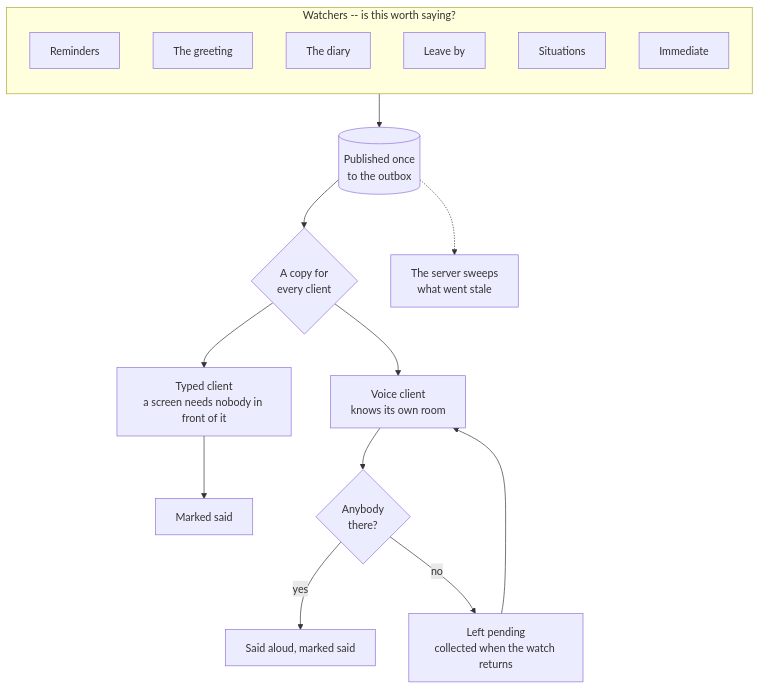
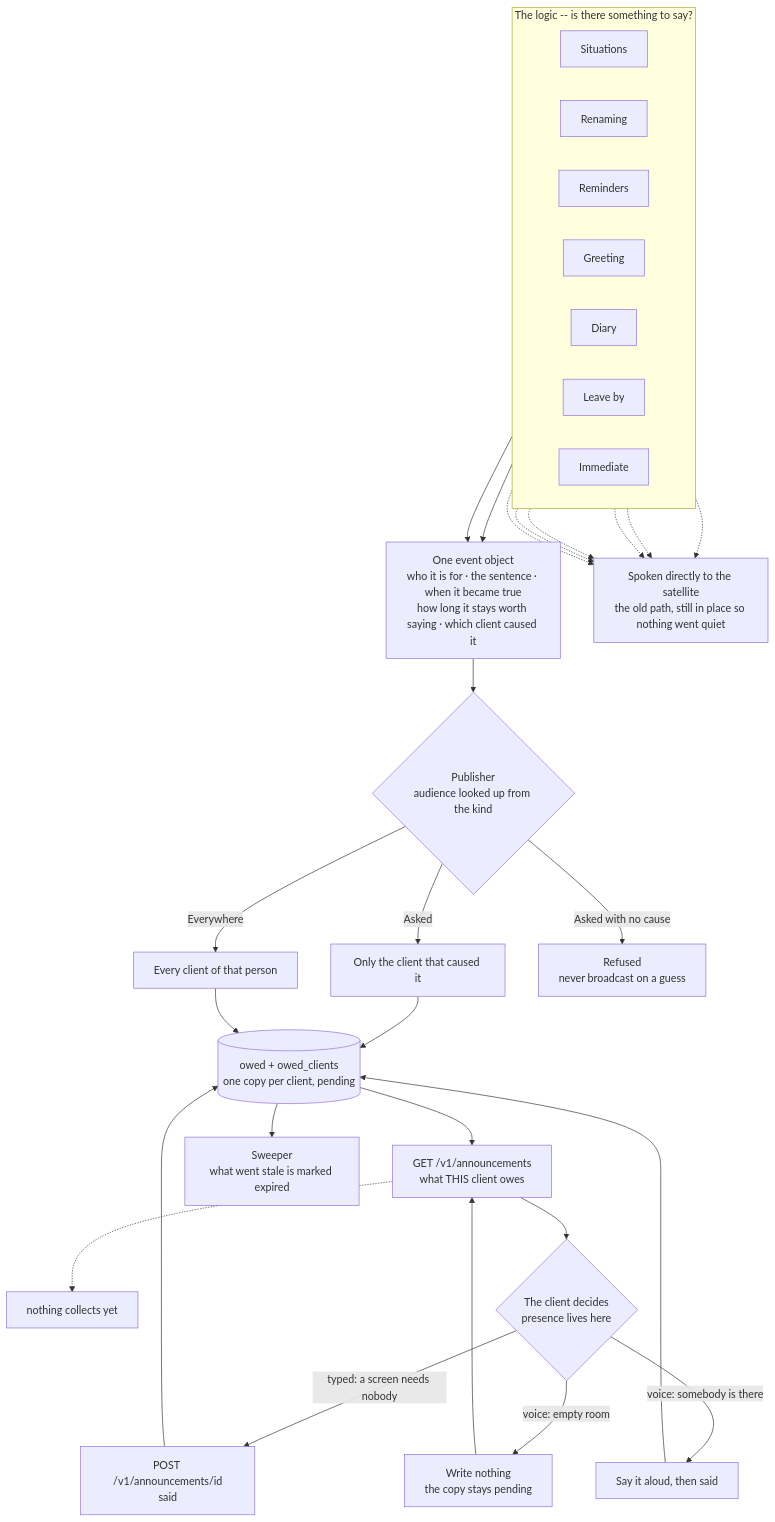
One commit to DhanushRamesh/personal-assistant changed the third of 4 diagrams in FEATURES.md. Above: the diagram before and after it, drawn with Mermaid. The commit also changed other lines of this file and 6 other files, not shown here.

First line of the commit message:
Address an announcement to the client that caused it

````diff
--- a/FEATURES.md
+++ b/FEATURES.md
@@ -92,26 +92,48 @@
 ```mermaid
 flowchart TB
-    subgraph W["Watchers -- is this worth saying?"]
-        direction TB
-        RL["Reminders"]
-        GR["The greeting"]
-        CO["The diary"]
+    subgraph L["The logic -- is there something to say?"]
+        direction LR
+        SI["Situations"]
+        RN["Renaming"]
+        RM["Reminders"]
+        GR["Greeting"]
+        CO["Diary"]
         LV["Leave by"]
-        SIT["Situations"]
-        NOT["Immediate"]
+        IM["Immediate"]
     end
 
-    W --> PUB[("Published once<br/>to the outbox")]
-    PUB --> FAN{"A copy for<br/>every client"}
+    SI --> EV
+    RN --> EV
+    RM -.-> OLD
+    GR -.-> OLD
+    CO -.-> OLD
+    LV -.-> OLD
+    IM -.-> OLD
+    RN -.-> OLD
 
-    FAN --> TY["Typed client<br/>a screen needs nobody in front of it"]
-    FAN --> VO["Voice client<br/>knows its own room"]
+    EV["One event object<br/>who it is for · the sentence · when it became true<br/>how long it stays worth saying · which client caused it"]
+    EV --> PUB{"Publisher<br/>audience looked up from the kind"}
 
-    TY --> SAID1["Marked said"]
-    VO --> P{"Anybody<br/>there?"}
-    P -- "yes" --> SAID2["Said aloud, marked said"]
-    P -- "no" --> PEND["Left pending<br/>collected when the watch returns"]
-    PEND --> VO
+    PUB -- "Asked" --> ONE["Only the client that caused it"]
+    PUB -- "Everywhere" --> ALL["Every client of that person"]
+    PUB -- "Asked with no cause" --> NO["Refused<br/>never broadcast on a guess"]
 
-    PUB -.-> SW["The server sweeps<br/>what went stale"]
+    ONE --> DB
+    ALL --> DB
+    DB[("owed + owed_clients<br/>one copy per client, pending")]
+
+    DB --> GET["GET /v1/announcements<br/>what THIS client owes"]
+    GET -.-> NOBODY["nothing collects yet"]
+    GET --> CL{"The client decides<br/>presence lives here"}
+
+    CL -- "typed: a screen needs nobody" --> MARK["POST /v1/announcements/id<br/>said"]
+    CL -- "voice: somebody is there" --> SAY["Say it aloud, then said"]
+    CL -- "voice: empty room" --> KEEP["Write nothing<br/>the copy stays pending"]
+    KEEP --> GET
+
+    MARK --> DB
+    SAY --> DB
+    DB --> SW["Sweeper<br/>what went stale is marked expired"]
+
+    OLD["Spoken directly to the satellite<br/>the old path, still in place so nothing went quiet"]
 ```
````
